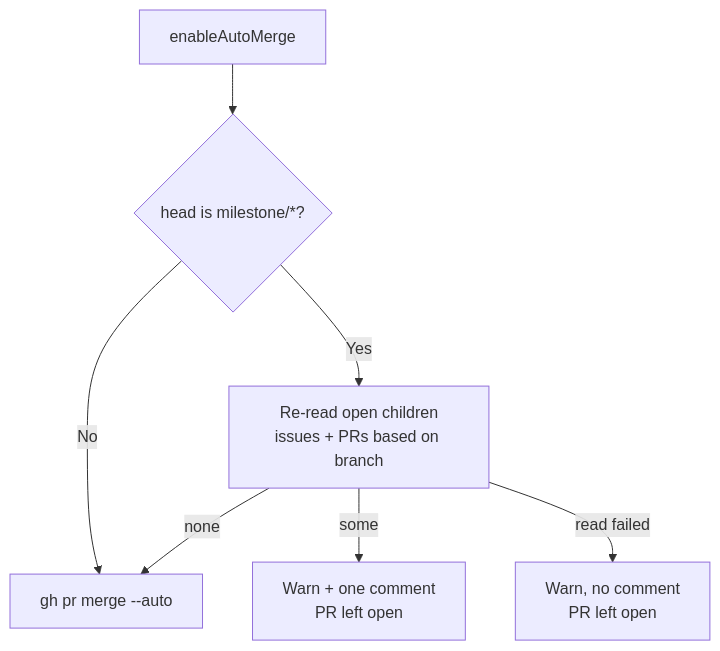
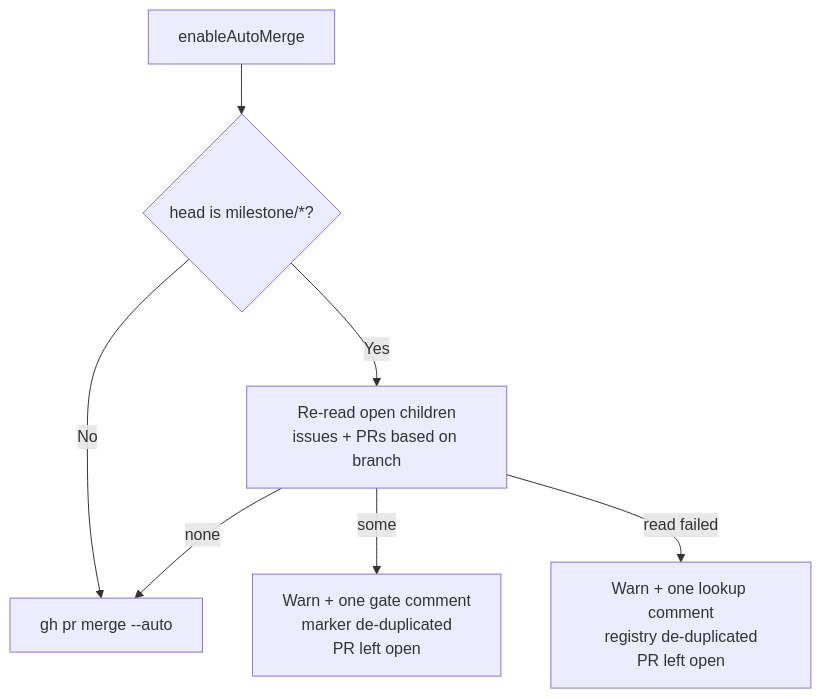
Before and after one commit to stSoftwareAU/VibeCoder: diagram 18 of 41 in docs/INTERNALS.md, drawn with Mermaid. The commit also changed other lines of this file and 2 other files, not shown here.

````diff
--- a/docs/INTERNALS.md
+++ b/docs/INTERNALS.md
@@ -2151,9 +2156,9 @@
 ```mermaid
 flowchart TD
     A[enableAutoMerge] --> B{head is milestone/*?}
     B -- No --> M[gh pr merge --auto]
     B -- Yes --> C[Re-read open children<br/>issues + PRs based on branch]
     C -- none --> M
-    C -- some --> D[Warn + one comment<br/>PR left open]
-    C -- read failed --> E[Warn, no comment<br/>PR left open]
+    C -- some --> D[Warn + one gate comment<br/>marker de-duplicated<br/>PR left open]
+    C -- read failed --> E[Warn + one lookup comment<br/>registry de-duplicated<br/>PR left open]
 ```
````
